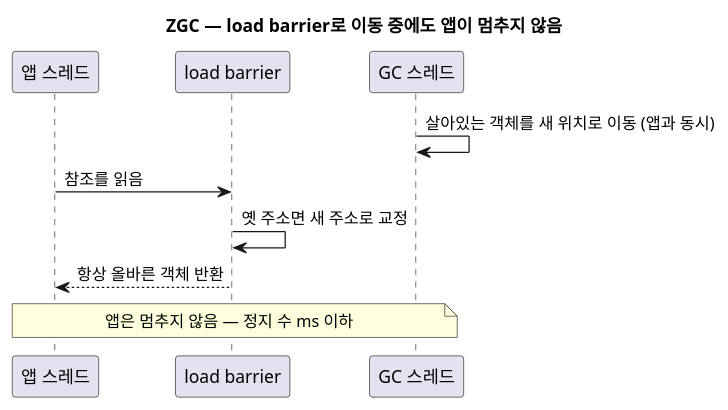
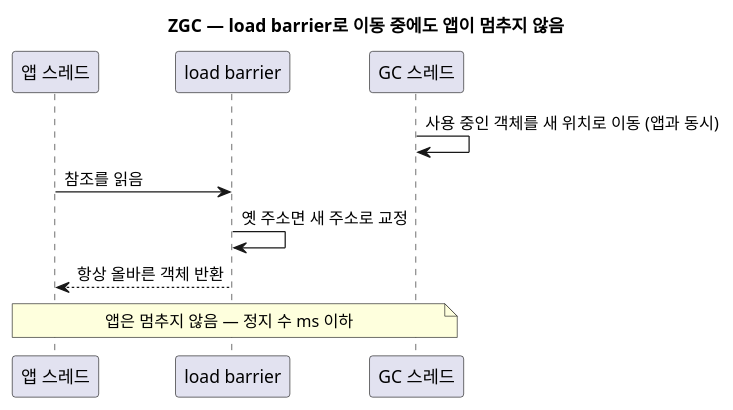
The seventh of 10 diagrams in blog/2026-08-18-java-gc-types.mdx (johnycho/johny-dev), drawn with PlantUML before and after one commit. The commit also changed other lines of this file and 42 other files, not shown here.

First line of the commit message:
post: MySQL GET_LOCK 분산 락 글 + java-gc 다이어그램·표현 정비, 지양어 다수

````diff
--- a/blog/2026-08-18-java-gc-types.mdx
+++ b/blog/2026-08-18-java-gc-types.mdx
@@ -275,13 +278,13 @@
 ```plantuml
 @startuml
 title ZGC — load barrier로 이동 중에도 앱이 멈추지 않음
 participant "앱 스레드" as App
 participant "load barrier" as LB
 participant "GC 스레드" as GC
-GC -> GC : 살아있는 객체를 새 위치로 이동 (앱과 동시)
+GC -> GC : 사용 중인 객체를 새 위치로 이동 (앱과 동시)
 App -> LB : 참조를 읽음
 LB -> LB : 옛 주소면 새 주소로 교정
 LB --> App : 항상 올바른 객체 반환
 note over App, GC : 앱은 멈추지 않음 — 정지 수 ms 이하
 @enduml
 ```
````
